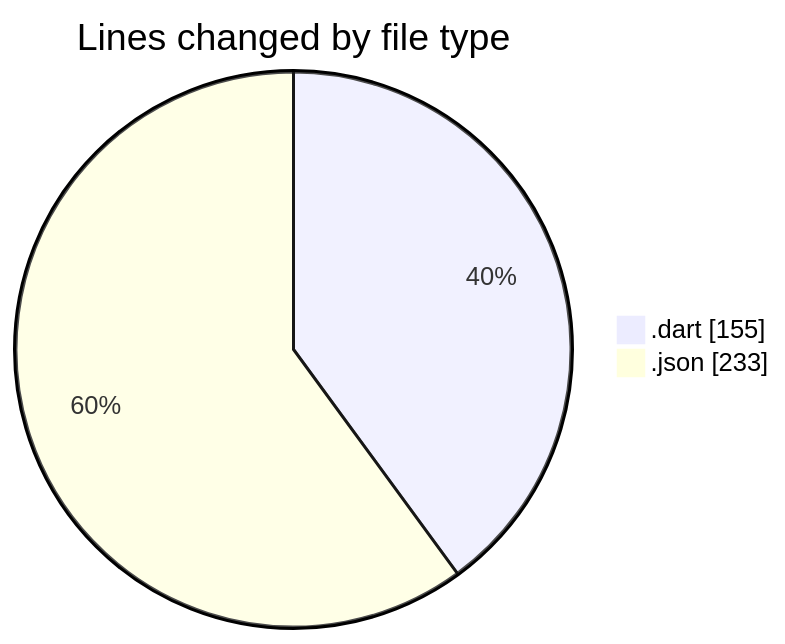
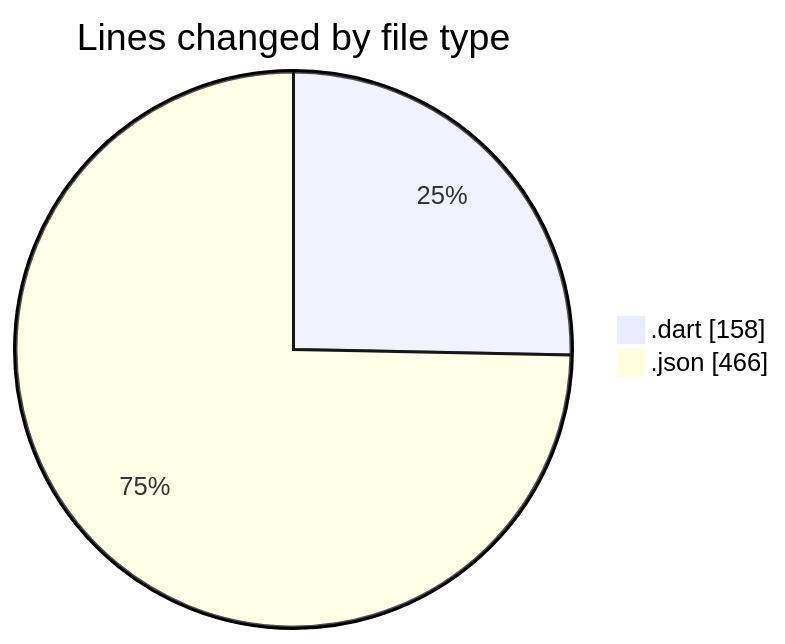
One commit to idhammustaqopulfikri/code-tracking changed the first of 2 diagrams in 2025-04-17/belajar_flutter/README.md. Above: the diagram before and after it, drawn with Mermaid. The commit also changed other lines of this file and 1 other file, not shown here.

````diff
--- a/2025-04-17/belajar_flutter/README.md
+++ b/2025-04-17/belajar_flutter/README.md
@@ -25,6 +25,6 @@
 ```mermaid
 pie showData
 title Lines changed by file type
-".dart" : 155
-".json" : 233
+".dart" : 158
+".json" : 466
 ```
````
